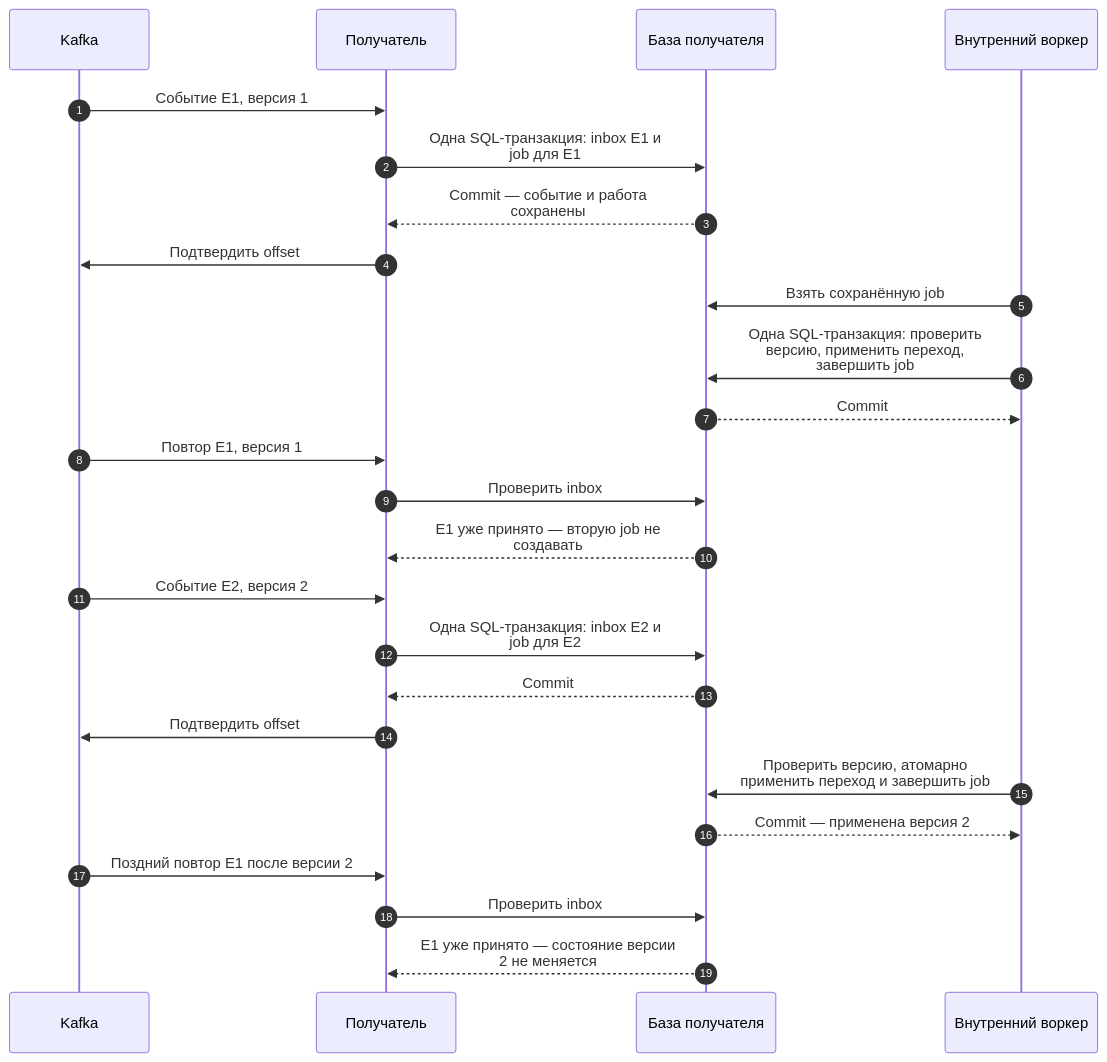
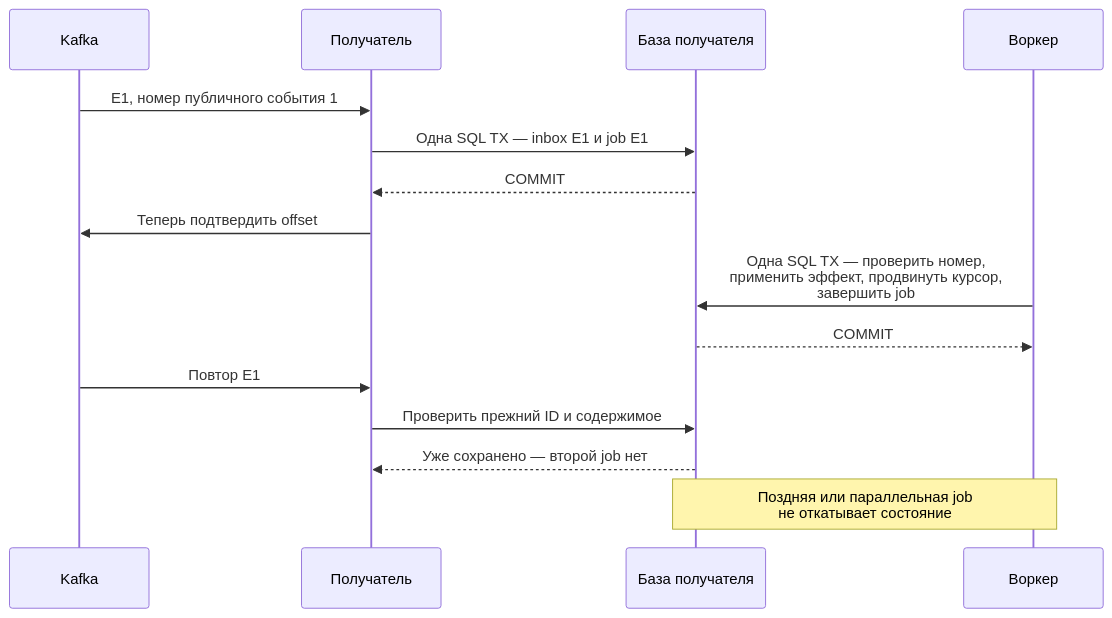
The fourth of 5 diagrams in docs/architecture/KAFKA_PUBLISHING.md (Includeoyasi/faultline-lab), drawn with Mermaid before and after one commit. The commit also changed other lines of this file, not shown here.

Commit message:
docs: prepare F09 publishing architecture decision

````diff
--- a/docs/architecture/KAFKA_PUBLISHING.md
+++ b/docs/architecture/KAFKA_PUBLISHING.md
@@ -115,27 +86,17 @@
 ```mermaid
 sequenceDiagram
-    autonumber
     participant K as Kafka
     participant C as Получатель
     participant DB as База получателя
-    participant W as Внутренний воркер
-    K->>C: Событие E1, версия 1
-    C->>DB: Одна SQL-транзакция: inbox E1 и<br/>job для E1
-    DB-->>C: Commit — событие и работа<br/>сохранены
-    C->>K: Подтвердить offset
-    W->>DB: Взять сохранённую job
-    W->>DB: Одна SQL-транзакция: проверить<br/>версию, применить переход,<br/>завершить job
-    DB-->>W: Commit
-    K->>C: Повтор E1, версия 1
-    C->>DB: Проверить inbox
-    DB-->>C: E1 уже принято — вторую job не<br/>создавать
-    K->>C: Событие E2, версия 2
-    C->>DB: Одна SQL-транзакция: inbox E2 и<br/>job для E2
-    DB-->>C: Commit
-    C->>K: Подтвердить offset
-    W->>DB: Проверить версию, атомарно<br/>применить переход и завершить job
-    DB-->>W: Commit — применена версия 2
-    K->>C: Поздний повтор E1 после версии 2
-    C->>DB: Проверить inbox
-    DB-->>C: E1 уже принято — состояние версии<br/>2 не меняется
+    participant W as Воркер
+    K->>C: E1, номер публичного события 1
+    C->>DB: Одна SQL TX — inbox E1 и job E1
+    DB-->>C: COMMIT
+    C->>K: Теперь подтвердить offset
+    W->>DB: Одна SQL TX — проверить номер,<br/>применить эффект, продвинуть курсор,<br/>завершить job
+    DB-->>W: COMMIT
+    K->>C: Повтор E1
+    C->>DB: Проверить прежний ID и содержимое
+    DB-->>C: Уже сохранено — второй job нет
+    Note over W,DB: Поздняя или параллельная job<br/>не откатывает состояние
 ```
````
